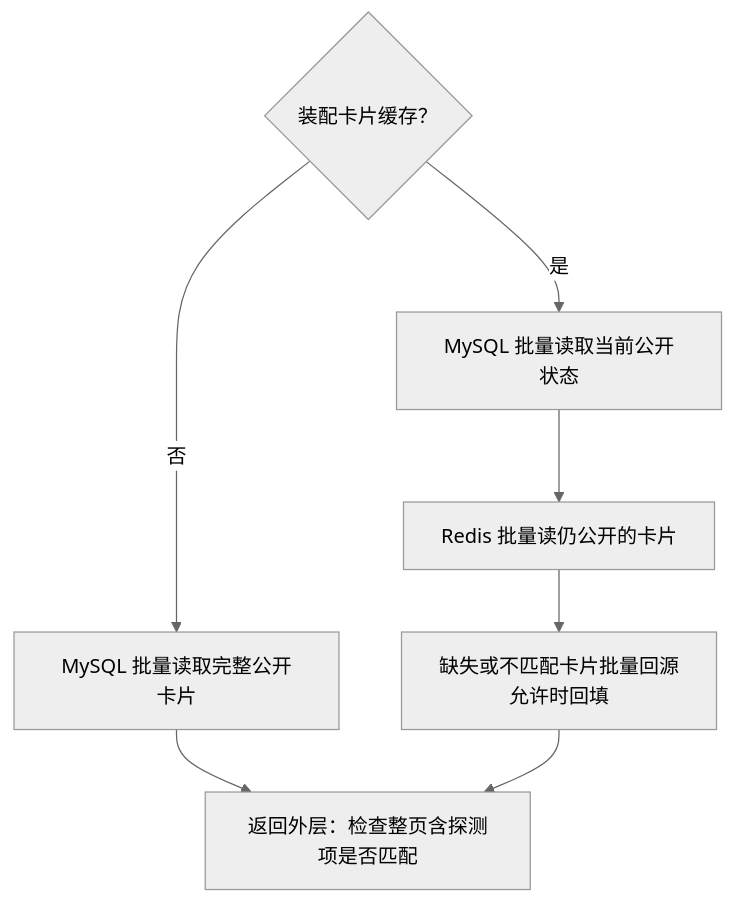
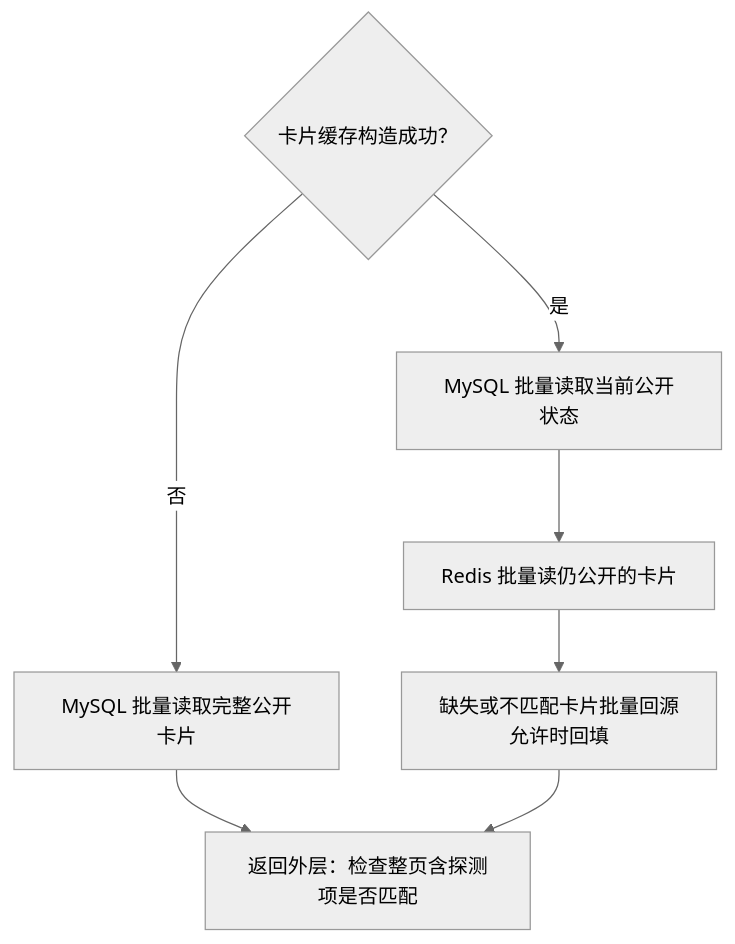
Before and after one commit to E1aina2007/GoFeed: the fifth of 10 diagrams in docs/SOURCE_CODE_GUIDE.md, drawn with Mermaid (neutral theme). The commit also changed other lines of this file and 14 other files, not shown here.

````diff
--- a/docs/SOURCE_CODE_GUIDE.md
+++ b/docs/SOURCE_CODE_GUIDE.md
@@ -299,9 +303,9 @@
 ```mermaid
 flowchart TD
-    Cards{"装配卡片缓存？"} -->|否| Full["MySQL 批量读取完整公开卡片"]
+    Cards{"卡片缓存构造成功？"} -->|否| Full["MySQL 批量读取完整公开卡片"]
     Cards -->|是| States["MySQL 批量读取当前公开状态"]
     States --> RedisCards["Redis 批量读仍公开的卡片"]
     RedisCards --> Missing["缺失或不匹配卡片批量回源<br/>允许时回填"]
     Full --> Match["返回外层：检查整页含探测项是否匹配"]
     Missing --> Match
 ```
````
